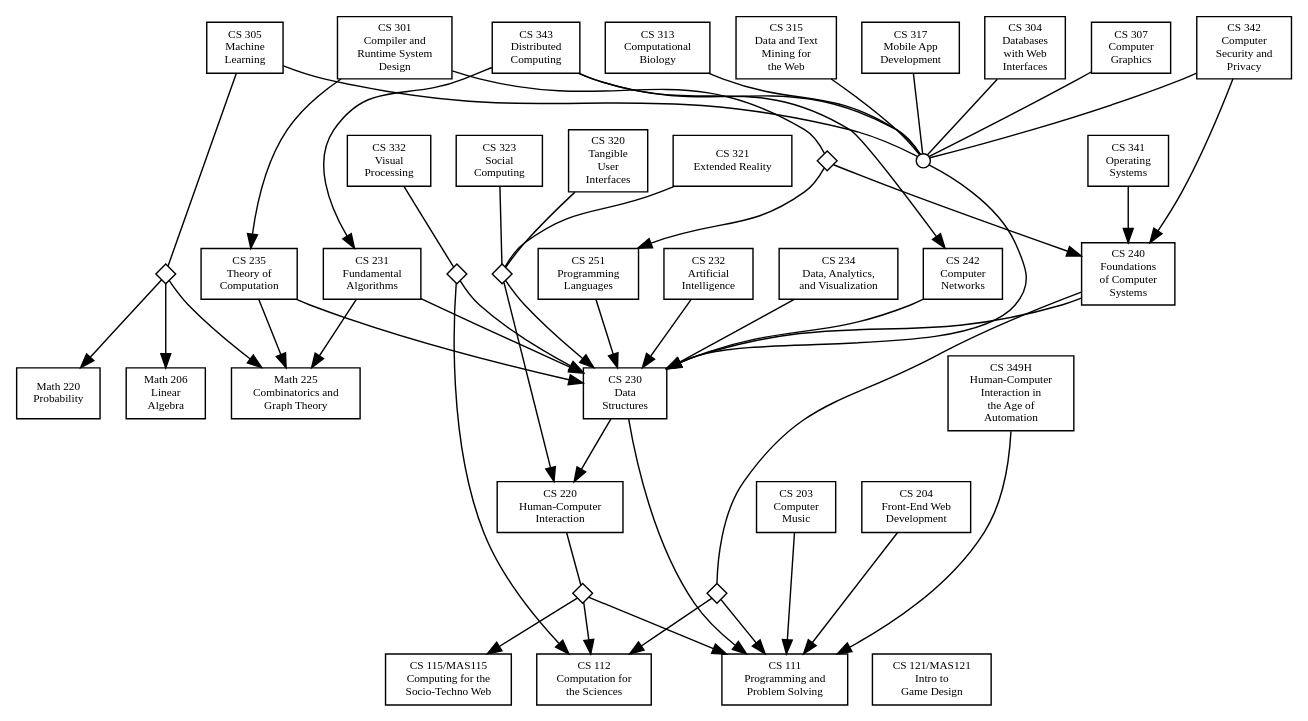
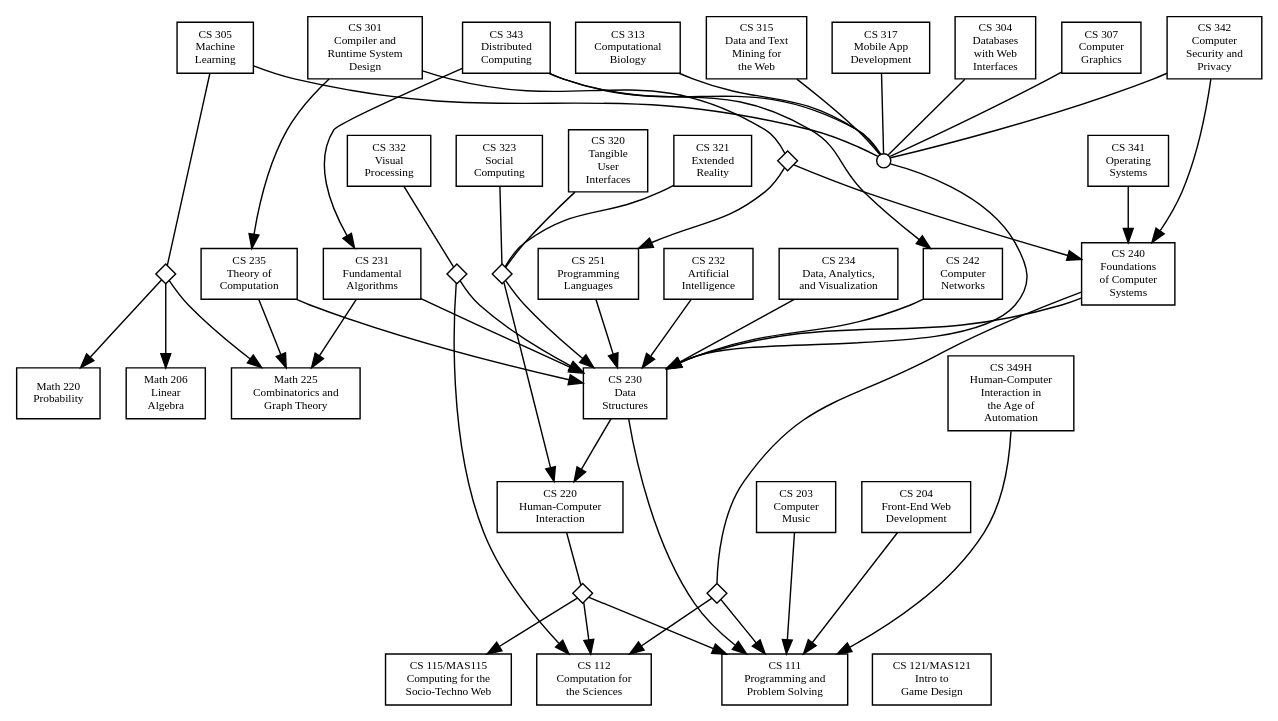
Before and after one commit to solsword/prereqs: the diagram in prereqs.dot, drawn with Graphviz.

Commit message:
Added newline in Extended Reality node

```diff
--- a/prereqs.dot
+++ b/prereqs.dot
@@ -1,129 +1,129 @@
 digraph Course_Prerequisites {
   // Default properties for every node
   node [shape="rectangle", fontsize="8", style="filled", fillcolor="white"];
 
   // Nodes (classes plus grouping nodes)
   cs111 [label="CS 111\nProgramming and\nProblem Solving", class="core intro"]
   cs112 [label="CS 112\nComputation for\nthe Sciences", class="intro"]
   cs115 [label="CS 115/MAS115\nComputing for the\nSocio-Techno Web", class="intro"]
   cs121 [label="CS 121/MAS121\nIntro to\nGame Design", class="intro"]
 
   cs230 [label="CS 230\nData\nStructures", class="core"]
   cs230up [label="", shape="circle", width="0.14", height="0.14", class="group"]
   cs240 [label="CS 240\nFoundations\nof Computer\nSystems", class="core"]
   cs111or112 [label="", shape="diamond", width="0.2", height="0.2", class="opt"]
   cs231 [label="CS 231\nFundamental\nAlgorithms", class="core"]
   cs235 [label="CS 235\nTheory of\nComputation", class="core"]
   cs251 [label="CS 251\nProgramming\nLanguages", class="core"] 
   cs230 -> cs220 [class="invisible"]
 
   math225 [label="Math 225\nCombinatorics and\nGraph Theory", class="math required"]
   math206 [label="Math 206\nLinear\nAlgebra", class="math"]
   math220 [label="Math 220\nProbability", class="math"]
 
   cs203 [label="CS 203\nComputer\nMusic", class="elective spring"]
   cs204 [label="CS 204\nFront-End Web\nDevelopment", class="elective fall"]
   cs220 [label="CS 220\nHuman-Computer\nInteraction", class="elective"]
   cs111or112or115 [label="", shape="diamond", width="0.2", height="0.2", class="opt"]
   cs232 [label="CS 232\nArtificial\nIntelligence", class="elective spring"]
   cs234 [label="CS 234\nData, Analytics,\nand Visualization", class="elective fall"]
   cs242 [label="CS 242\nComputer\nNetworks", class="elective fall"]
 
   cs301 [label="CS 301\nCompiler and\nRuntime System\nDesign", class="elective spring"]
   cs240or251 [label="", shape="diamond", width="0.2", height="0.2", class="opt"]
   cs304 [label="CS 304\nDatabases\nwith Web\nInterfaces", class="elective"]
   cs305 [label="CS 305\nMachine\nLearning", class="elective notoffered"]
   math225or206or220 [label="", shape="diamond", width="0.2", height="0.2", class="opt"]
   cs307 [label="CS 307\nComputer\nGraphics", class="elective spring"]
   cs313 [label="CS 313\nComputational\nBiology", class="elective notoffered"]
   cs315 [label="CS 315\nData and Text\nMining for\nthe Web", class="elective fall"]
   cs317 [label="CS 317\nMobile App\nDevelopment", class="elective spring"]
   cs230or220 [label="", shape="diamond", width="0.2", height="0.2", class="opt"]
   cs320 [label="CS 320\nTangible\nUser\nInterfaces", class="elective fall"]
-  cs321 [label="CS 321\nExtended Reality", class="elective spring"]
+  cs321 [label="CS 321\nExtended\nReality", class="elective spring"]
   cs323 [label="CS 323\nSocial\nComputing", class="elective notoffered"]
 
   cs332 [label="CS 332\nVisual\nProcessing", class="elective fall"]
   cs112or230 [label="", shape="diamond", width="0.2", height="0.2", class="opt"]
   cs341 [label="CS 341\nOperating\nSystems", class="elective fall"]
   cs342 [label="CS 342\nComputer\nSecurity and\nPrivacy", class="elective fall"]
   cs343 [label="CS 343\nDistributed\nComputing", class="elective notoffered"]
   cs349H [label="CS 349H\nHuman-Computer\nInteraction in\nthe Age of\nAutomation", class="elective spring"]
 
   // Arrangement of the nodes into rank groups
   {rank=same cs111 cs112 cs115 cs121}
 
   {rank=same cs203 cs204 cs220}
 
   {rank=same
     cs230
     math206 math220 math225
     cs349H
   }
 
   {rank=same
     cs240
     cs231 cs235 cs251
     cs232 cs234 cs242
   }
 
   {rank=same
     cs301
     cs317
 
     cs304 cs305 cs307
     cs313 cs315
     cs342 cs343
   }
 
   {rank=same
     cs320 cs321 cs323
     cs332
     cs341
   }
 
   // Edges (course prerequisites)
   // In some ca
   cs203 -> cs111
   cs204 -> cs111
   cs220 -> cs111or112or115 [arrowhead="none", class="options"]
   cs111or112or115 -> { cs111, cs112, cs115 } [class="option"]
 
   cs230 -> cs111
   cs230up -> cs230
   cs240 -> cs230
   cs240 -> cs111or112 [arrowhead="none", class="options"]
   cs111or112 -> { cs111, cs112 } [class="option"]
   cs231 -> { cs230, math225 }
   cs235 -> { cs230, math225 }
   cs251 -> cs230
 
   cs232 -> cs230
   cs234 -> cs230
   cs242 -> cs230
 
   cs301 -> cs240or251 [arrowhead="none", class="options"]
   cs240or251 -> { cs240, cs251 } [class="option"]
   cs301 -> cs235 [class="recommended"]
   cs304 -> cs230up [arrowhead="none", class="grouping"]
   cs305 -> cs230up [arrowhead="none", class="grouping"]
   cs305 -> math225or206or220 [arrowhead="none", class="options"]
   math225or206or220 -> { math225, math206, math220 } [class="option"]
   cs307 -> cs230up [arrowhead="none", class="grouping"]
   cs317 -> cs230up [arrowhead="none", class="grouping"]
 
   cs313 -> cs230up [arrowhead="none", class="grouping"]
   cs315 -> cs230up [arrowhead="none", class="grouping"]
   cs320 -> cs230or220 [arrowhead="none", class="options"]
   cs230or220 -> { cs220, cs230 } [class="option"]
   cs321 -> cs230or220 [arrowhead="none", class="options"]
   cs323 -> cs230or220 [arrowhead="none", class="options"]
   cs332 -> cs112or230 [arrowhead="none", class="options"]
   cs112or230 -> { cs112, cs230 } [class="option"]
   cs341 -> cs240
   cs342 -> cs230up [arrowhead="none", class="grouping"]
   cs342 -> cs240
   cs343 -> cs230up [arrowhead="none", class="grouping"]
   cs343 -> { cs231, cs242 } [class="recommended"]
   cs349H -> cs111 // Much more complicated than this!
 }
```
